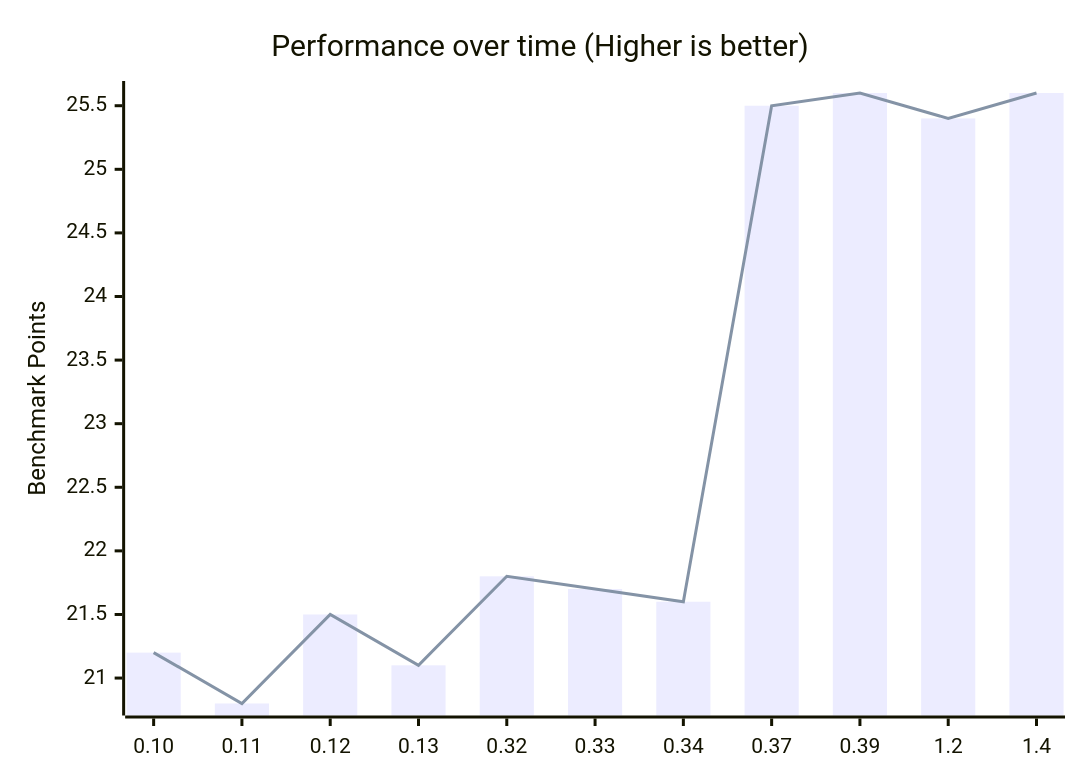
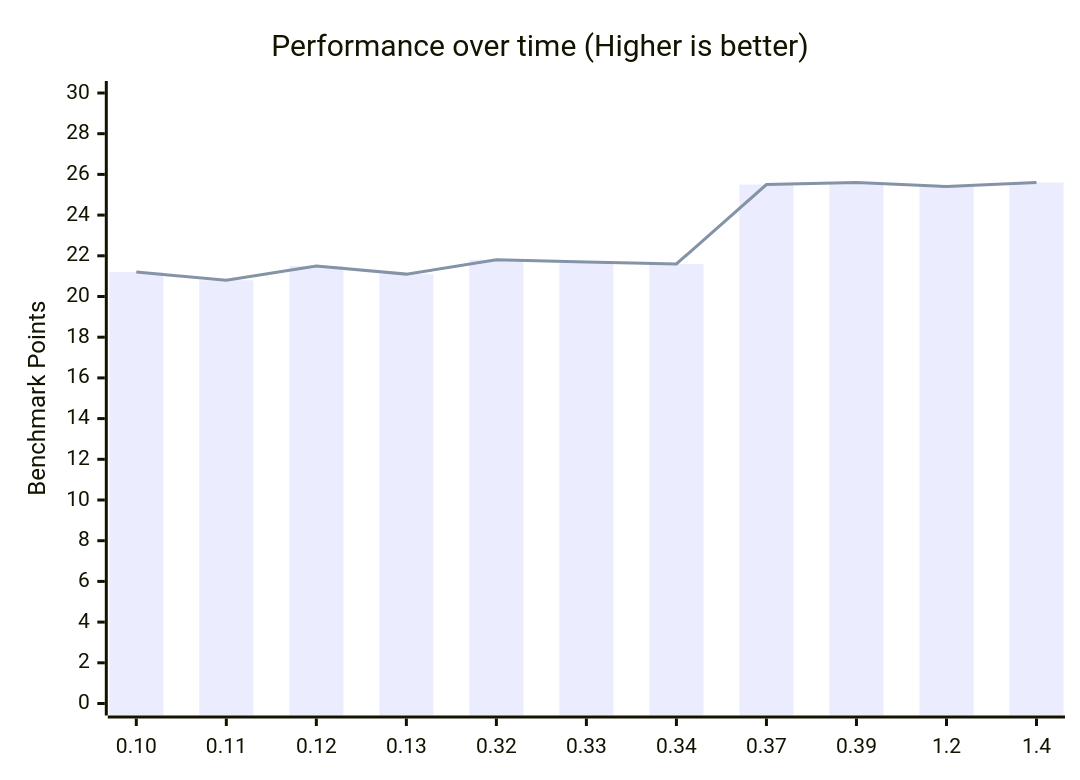
The first of 4 diagrams in content/benchmarks.md (zen-browser/docs), drawn with Mermaid before and after one commit. The commit also changed other lines of this file, not shown here.

Commit message:
more accurate benchmark graphs

````diff
--- a/content/benchmarks.md
+++ b/content/benchmarks.md
@@ -38,8 +38,8 @@
 ```mermaid
 xychart-beta
     title "Performance over time (Higher is better)"
     x-axis [0.10, 0.11, 0.12, 0.13, 0.32, 0.33, 0.34, 0.37, 0.39, 1.2, 1.4]
-    y-axis "Benchmark Points"
+    y-axis "Benchmark Points" 0 --> 30
     bar [21.2,20.8,21.5,21.1,21.8,21.7,21.6,25.5,25.6,25.4,25.6]
     line [21.2,20.8,21.5,21.1,21.8,21.7,21.6,25.5,25.6,25.4,25.6]
 ```
````
